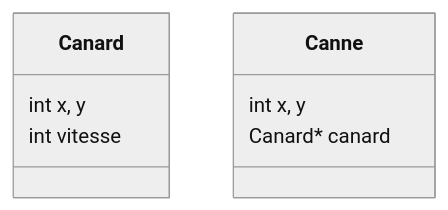
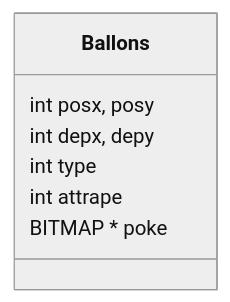
The first of 3 diagrams in marp-projet-info/presentation.md (Altawn/ing1-ece-world), drawn with Mermaid before and after one commit. The commit also changed other lines of this file, not shown here.

```diff
--- a/marp-projet-info/presentation.md
+++ b/marp-projet-info/presentation.md
@@ -108,10 +167,10 @@
-<div class="mermaid">
+<div class="mermaid"> 
 %%{init: {'theme':'neutral'}}%%
 classDiagram
-    class Canard
-    Canard : int x, y
-    Canard : int vitesse
-    class Canne
-    Canne : int x, y
-    Canne : Canard* canard
+    class Ballons
+    Ballons : int posx, posy
+    Ballons : int depx, depy
+    Ballons : int type
+    Ballons : int attrape
+    Ballons : BITMAP * poke
 </div>
```
